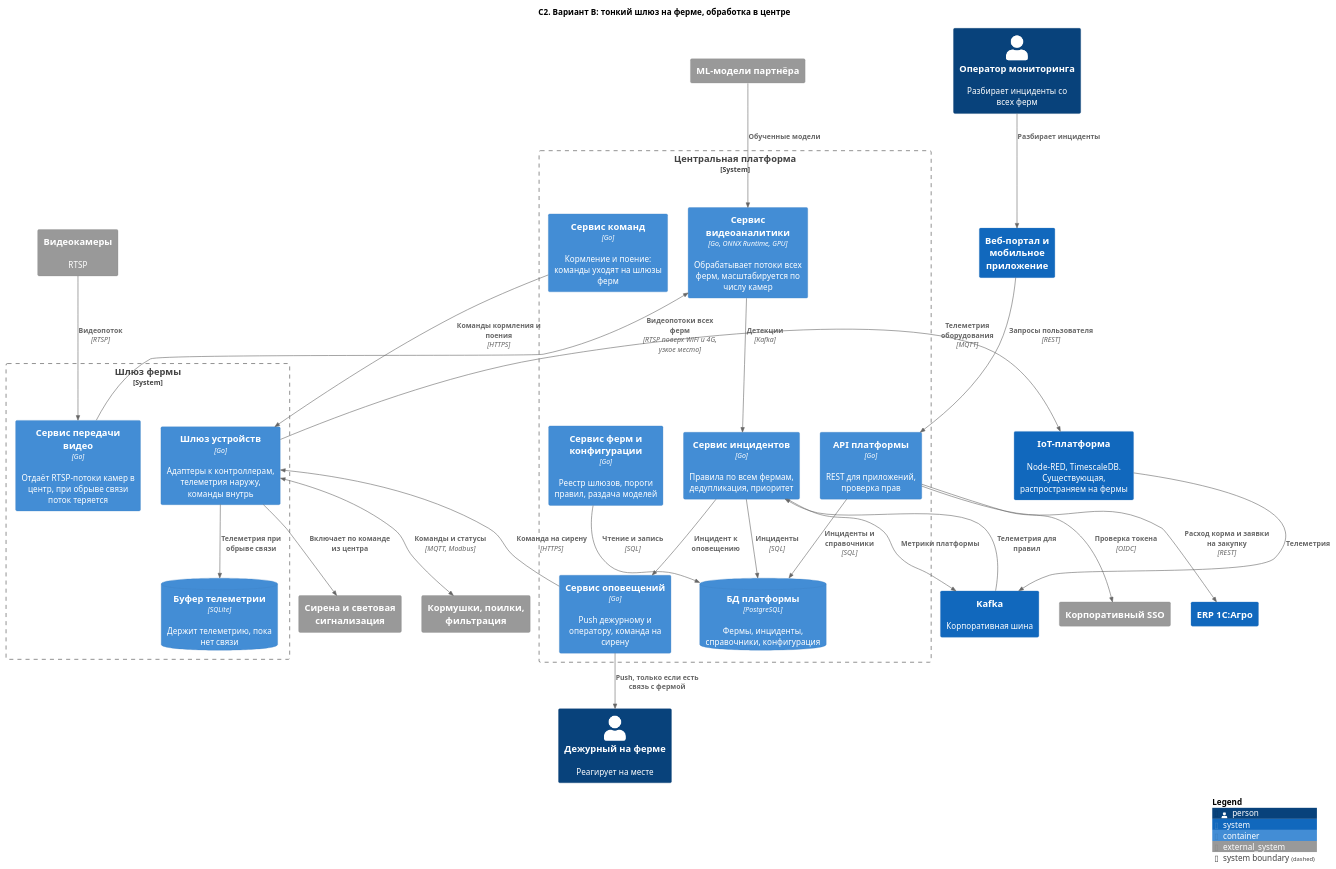
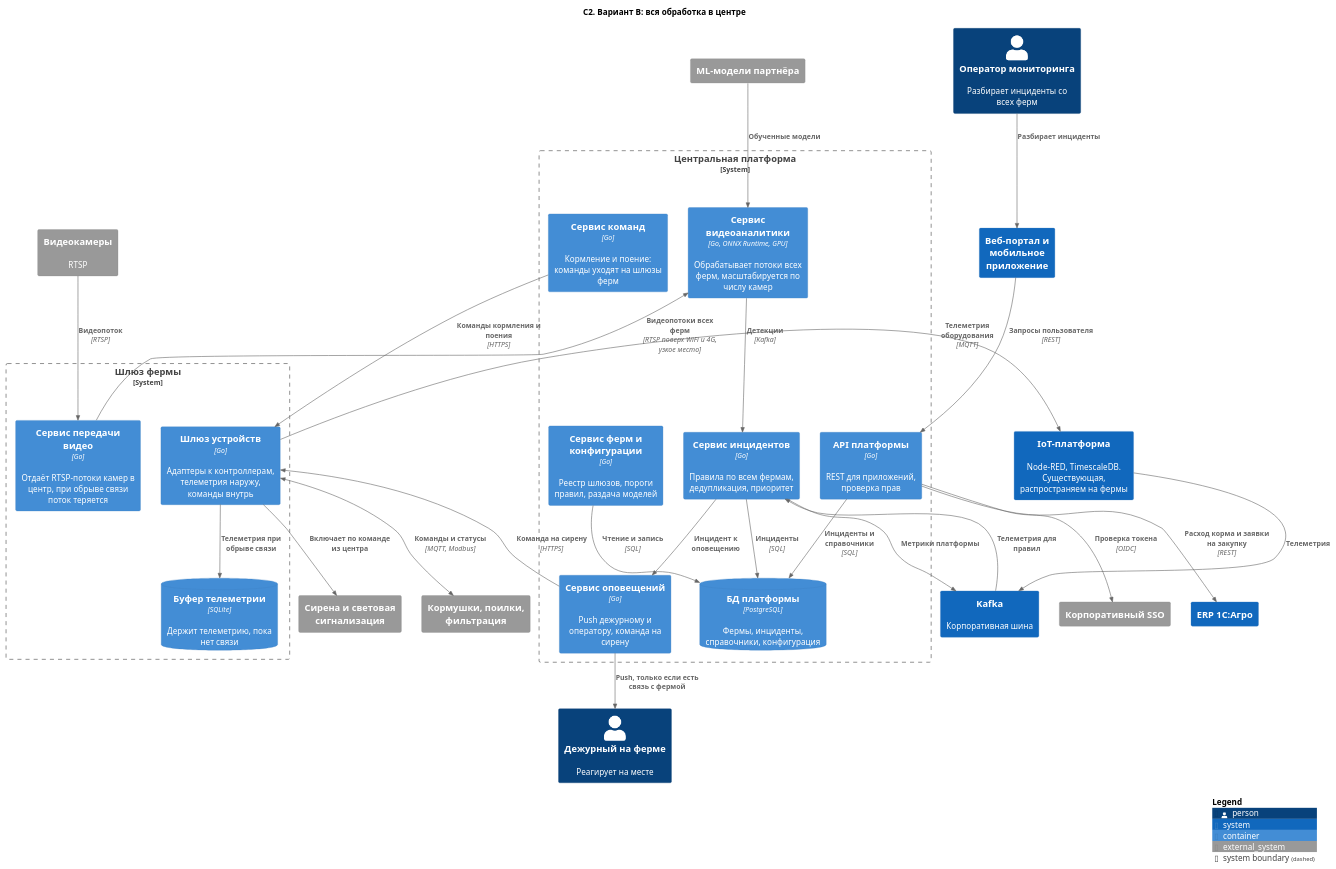
Before and after one commit to FCTL3314/MSA-AgroTech: the diagram in Task2/C2-alternative.puml, drawn with PlantUML. The commit also changed 4 other files, not shown here.

```diff
--- a/Task2/C2-alternative.puml
+++ b/Task2/C2-alternative.puml
@@ -1,60 +1,60 @@
 @startuml C2-alternative
 !include <C4/C4_Container>
 
-title C2. Вариант B: тонкий шлюз на ферме, обработка в центре
+title C2. Вариант B: вся обработка в центре
 
 Person(duty, "Дежурный на ферме", "Реагирует на месте")
 Person(operator, "Оператор мониторинга", "Разбирает инциденты со всех ферм")
 
 System_Boundary(farm, "Шлюз фермы") {
   Container(streamer, "Сервис передачи видео", "Go", "Отдаёт RTSP-потоки камер в центр, при обрыве связи поток теряется")
   Container(devgw, "Шлюз устройств", "Go", "Адаптеры к контроллерам, телеметрия наружу, команды внутрь")
   ContainerDb(buffer, "Буфер телеметрии", "SQLite", "Держит телеметрию, пока нет связи")
 }
 
 System_Boundary(hq, "Центральная платформа") {
   Container(video, "Сервис видеоаналитики", "Go, ONNX Runtime, GPU", "Обрабатывает потоки всех ферм, масштабируется по числу камер")
   Container(incidents, "Сервис инцидентов", "Go", "Правила по всем фермам, дедупликация, приоритет")
   Container(commands, "Сервис команд", "Go", "Кормление и поение: команды уходят на шлюзы ферм")
   Container(notify, "Сервис оповещений", "Go", "Push дежурному и оператору, команда на сирену")
   Container(api, "API платформы", "Go", "REST для приложений, проверка прав")
   Container(fleet, "Сервис ферм и конфигурации", "Go", "Реестр шлюзов, пороги правил, раздача моделей")
   ContainerDb(centraldb, "БД платформы", "PostgreSQL", "Фермы, инциденты, справочники, конфигурация")
 }
 
 System_Ext(cameras, "Видеокамеры", "RTSP")
 System_Ext(equipment, "Кормушки, поилки, фильтрация")
 System_Ext(siren, "Сирена и световая сигнализация")
 System_Ext(mlmodel, "ML-модели партнёра")
 System_Ext(idp, "Корпоративный SSO")
 System(iot, "IoT-платформа", "Node-RED, TimescaleDB. Существующая, распространяем на фермы")
 System(apps, "Веб-портал и мобильное приложение")
 System(kafka, "Kafka", "Корпоративная шина")
 System(erp, "ERP 1С:Агро")
 
 Rel(cameras, streamer, "Видеопоток", "RTSP")
 BiRel(devgw, equipment, "Команды и статусы", "MQTT, Modbus")
 Rel(devgw, buffer, "Телеметрия при обрыве связи")
 Rel(devgw, siren, "Включает по команде из центра")
 
 Rel(streamer, video, "Видеопотоки всех ферм", "RTSP поверх WiFi и 4G, узкое место")
 Rel(devgw, iot, "Телеметрия оборудования", "MQTT")
 Rel(iot, kafka, "Телеметрия")
 Rel(kafka, incidents, "Телеметрия для правил")
 Rel(video, incidents, "Детекции", "Kafka")
 Rel(mlmodel, video, "Обученные модели")
 Rel(incidents, centraldb, "Инциденты", "SQL")
 Rel(incidents, notify, "Инцидент к оповещению")
 Rel(notify, duty, "Push, только если есть связь с фермой")
 Rel(notify, devgw, "Команда на сирену", "HTTPS")
 Rel(commands, devgw, "Команды кормления и поения", "HTTPS")
 Rel(fleet, centraldb, "Чтение и запись", "SQL")
 Rel(api, centraldb, "Инциденты и справочники", "SQL")
 Rel(api, idp, "Проверка токена", "OIDC")
 Rel(apps, api, "Запросы пользователя", "REST")
 Rel(operator, apps, "Разбирает инциденты")
 Rel(incidents, kafka, "Метрики платформы")
 Rel(api, erp, "Расход корма и заявки на закупку", "REST")
 
 SHOW_LEGEND()
 @enduml
```
